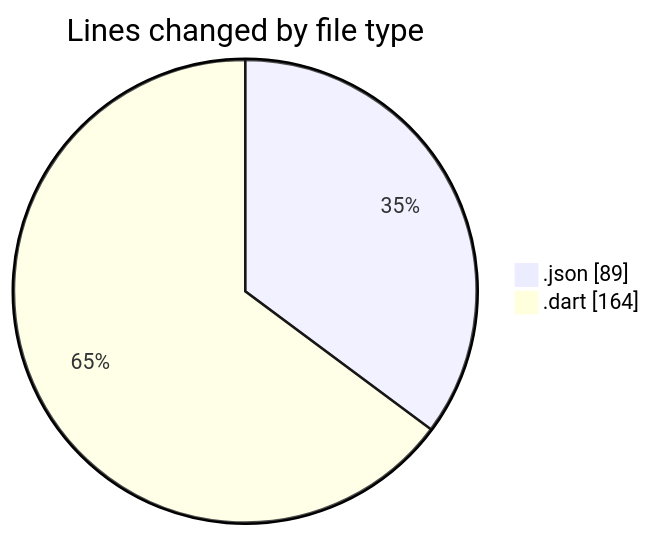
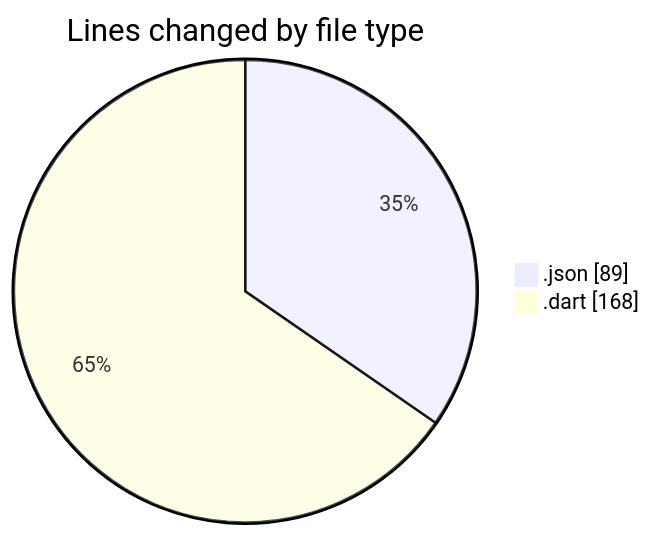
The first of 2 diagrams in 2025-01-08/maps_clone/README.md (donsfak/code-tracking), drawn with Mermaid before and after one commit. The commit also changed other lines of this file and 1 other file, not shown here.

````diff
--- a/2025-01-08/maps_clone/README.md
+++ b/2025-01-08/maps_clone/README.md
@@ -21,6 +21,6 @@
 ```mermaid
 pie showData
 title Lines changed by file type
 ".json" : 89
-".dart" : 164
+".dart" : 168
 ```
````
